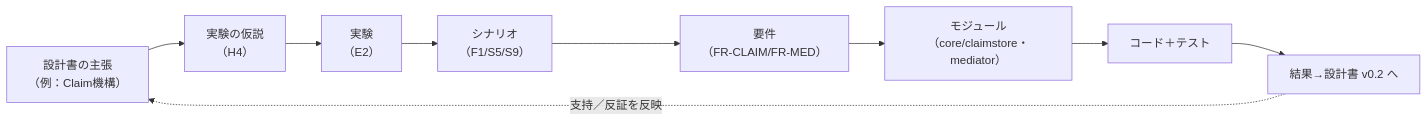
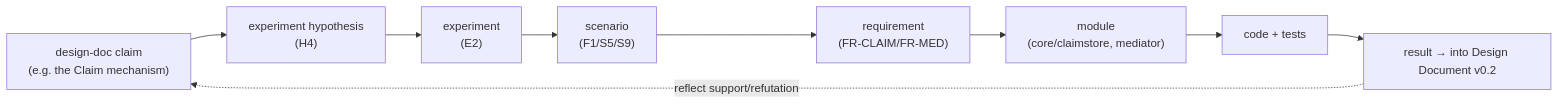
Before and after one commit to shibuiwilliam/robotics-experiments: the fourth of 4 diagrams in Musubi/PROJECT.md, drawn with Mermaid. The commit also changed other lines of this file and 2 other files, not shown here.

````diff
--- a/Musubi/PROJECT.md
+++ b/Musubi/PROJECT.md
@@ -512,11 +512,11 @@
 ```mermaid
 flowchart LR
-    D["設計書の主張<br/>（例：Claim機構）"] --> H["実験の仮説<br/>（H4）"]
-    H --> E["実験<br/>（E2）"]
-    E --> S["シナリオ<br/>（F1/S5/S9）"]
-    S --> R["要件<br/>（FR-CLAIM/FR-MED）"]
-    R --> M["モジュール<br/>（core/claimstore・mediator）"]
-    M --> C["コード＋テスト"]
-    C --> RES["結果→設計書 v0.2 へ"]
-    RES -.->|"支持／反証を反映"| D
+    D["design-doc claim<br/>(e.g. the Claim mechanism)"] --> H["experiment hypothesis<br/>(H4)"]
+    H --> E["experiment<br/>(E2)"]
+    E --> S["scenario<br/>(F1/S5/S9)"]
+    S --> R["requirement<br/>(FR-CLAIM/FR-MED)"]
+    R --> M["module<br/>(core/claimstore, mediator)"]
+    M --> C["code + tests"]
+    C --> RES["result → into Design Document v0.2"]
+    RES -.->|"reflect support/refutation"| D
 ```
````
